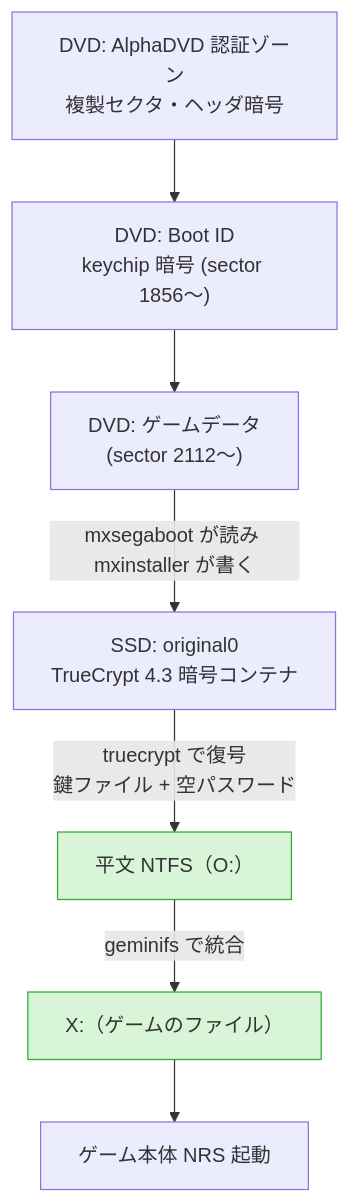
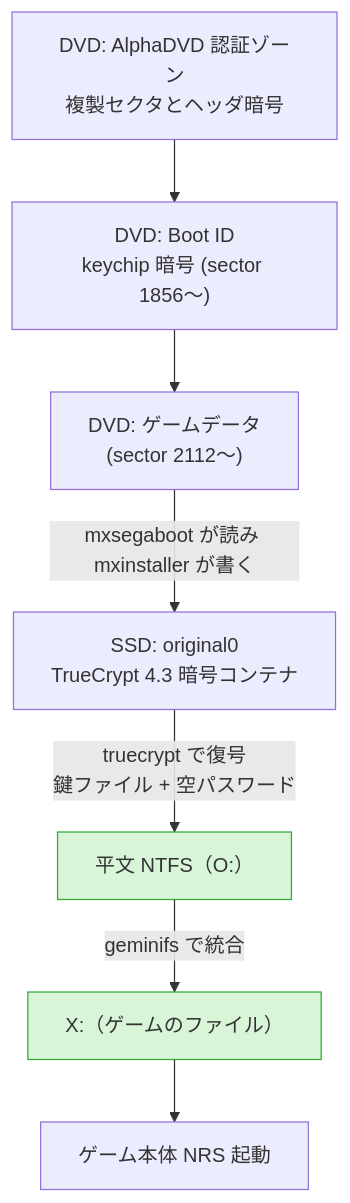
The second of 7 diagrams in docs/iso_extraction.md (syncsyncsynchalt/nrs-util), drawn with Mermaid before and after one commit. The commit also changed other lines of this file and 1 other file, not shown here.

````diff
--- a/docs/iso_extraction.md
+++ b/docs/iso_extraction.md
@@ -103,11 +101,11 @@
 ```mermaid
 flowchart TD
-    A["DVD: AlphaDVD 認証ゾーン<br/>複製セクタ・ヘッダ暗号"] --> B["DVD: Boot ID<br/>keychip 暗号 (sector 1856〜)"]
+    A["DVD: AlphaDVD 認証ゾーン<br/>複製セクタとヘッダ暗号"] --> B["DVD: Boot ID<br/>keychip 暗号 (sector 1856〜)"]
     B --> C["DVD: ゲームデータ<br/>(sector 2112〜)"]
     C -->|mxsegaboot が読み mxinstaller が書く| D["SSD: original0<br/>TrueCrypt 4.3 暗号コンテナ"]
     D -->|truecrypt で復号<br/>鍵ファイル + 空パスワード| E["平文 NTFS（O:）"]
     E -->|geminifs で統合| F["X:（ゲームのファイル）"]
     F --> G["ゲーム本体 NRS 起動"]
     classDef plain fill:#d8f5d8,stroke:#3a3;
     class E,F plain;
 ```
````
